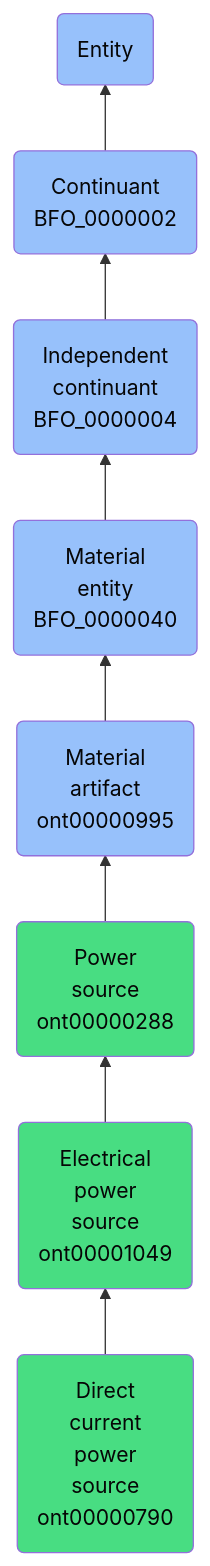
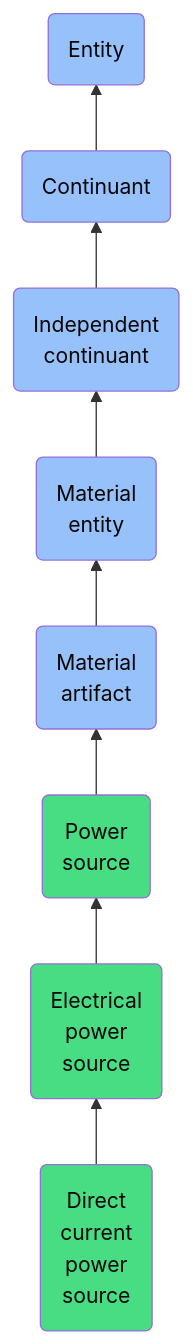
The diagram in docs/ontology/reference/model/Entity/Continuant/Independent continuant/Material entity/Material artifact/Power source/Electrical power source/Direct current power source/Direct current power source.md (jupyter-naas/abi), drawn with Mermaid before and after one commit. The commit also changed other lines of this file and 1430 other files, not shown here.

````diff
--- a/docs/ontology/reference/model/Entity/Continuant/Independent continuant/Material entity/Material artifact/Power source/Electrical power source/Direct current power source/Direct current power source.md
+++ b/docs/ontology/reference/model/Entity/Continuant/Independent continuant/Material entity/Material artifact/Power source/Electrical power source/Direct current power source/Direct current power source.md
@@ -24,15 +24,15 @@
 ```mermaid
 graph BT
-    ont00000790(Direct<br>current<br>power<br>source<br>ont00000790):::ABI-->ont00001049
-    ont00001049(Electrical<br>power<br>source<br>ont00001049):::ABI-->ont00000288
-    ont00000288(Power<br>source<br>ont00000288):::ABI-->ont00000995
-    ont00000995(Material<br>artifact<br>ont00000995):::BFO-->BFO_0000040
-    BFO_0000040(Material<br>entity<br>BFO_0000040):::BFO-->BFO_0000004
-    BFO_0000004(Independent<br>continuant<br>BFO_0000004):::BFO-->BFO_0000002
-    BFO_0000002(Continuant<br>BFO_0000002):::BFO-->BFO_0000001
+    ont00000790(Direct<br>current<br>power<br>source):::ABI-->ont00001049
+    ont00001049(Electrical<br>power<br>source):::ABI-->ont00000288
+    ont00000288(Power<br>source):::ABI-->ont00000995
+    ont00000995(Material<br>artifact):::BFO-->BFO_0000040
+    BFO_0000040(Material<br>entity):::BFO-->BFO_0000004
+    BFO_0000004(Independent<br>continuant):::BFO-->BFO_0000002
+    BFO_0000002(Continuant):::BFO-->BFO_0000001
     BFO_0000001(Entity):::BFO
     
     classDef BFO fill:#97c1fb,color:#060606
     classDef CCO fill:#e4c51e,color:#060606
     classDef ABI fill:#48DD82,color:#060606
 ```
````
